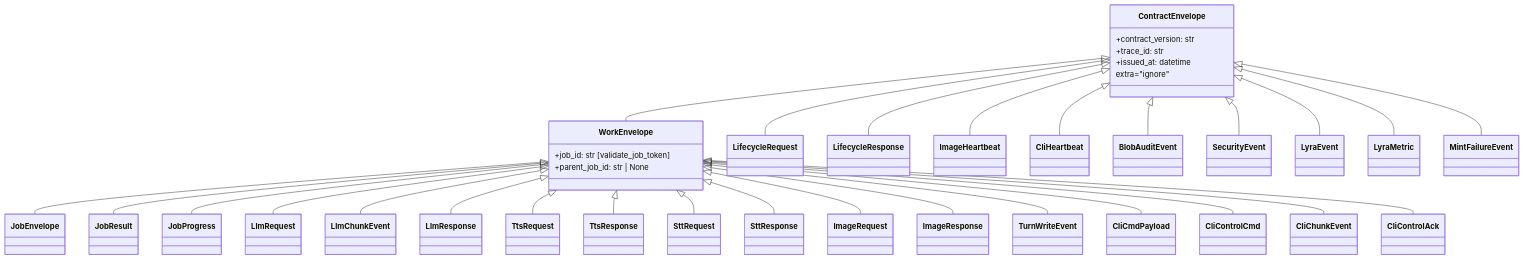
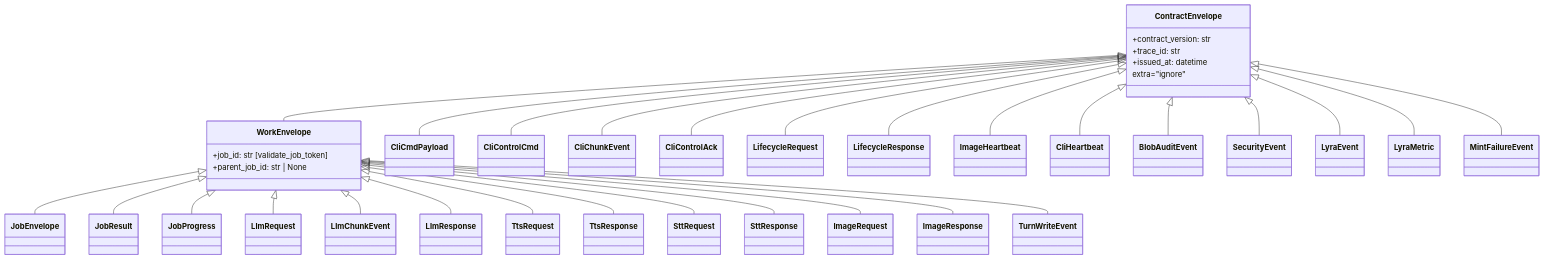
One commit to Roxabi/lyra changed the first of 2 diagrams in artifacts/specs/1619-workenvelope-split-spec.mdx. Above: the diagram before and after it, drawn with Mermaid. The commit also changed other lines of this file and 7 other files, not shown here.

````diff
--- a/artifacts/specs/1619-workenvelope-split-spec.mdx
+++ b/artifacts/specs/1619-workenvelope-split-spec.mdx
@@ -184,48 +189,48 @@
 ```mermaid
 classDiagram
     class ContractEnvelope {
         +contract_version: str
         +trace_id: str
         +issued_at: datetime
         extra="ignore"
     }
     class WorkEnvelope {
         +job_id: str [validate_job_token]
         +parent_job_id: str | None
     }
 
     ContractEnvelope <|-- WorkEnvelope
 
     WorkEnvelope <|-- JobEnvelope
     WorkEnvelope <|-- JobResult
     WorkEnvelope <|-- JobProgress
 
     WorkEnvelope <|-- LlmRequest
     WorkEnvelope <|-- LlmChunkEvent
     WorkEnvelope <|-- LlmResponse
 
     WorkEnvelope <|-- TtsRequest
     WorkEnvelope <|-- TtsResponse
     WorkEnvelope <|-- SttRequest
     WorkEnvelope <|-- SttResponse
 
     WorkEnvelope <|-- ImageRequest
     WorkEnvelope <|-- ImageResponse
 
     WorkEnvelope <|-- TurnWriteEvent
 
-    WorkEnvelope <|-- CliCmdPayload
-    WorkEnvelope <|-- CliControlCmd
-    WorkEnvelope <|-- CliChunkEvent
-    WorkEnvelope <|-- CliControlAck
+    ContractEnvelope <|-- CliCmdPayload
+    ContractEnvelope <|-- CliControlCmd
+    ContractEnvelope <|-- CliChunkEvent
+    ContractEnvelope <|-- CliControlAck
 
     ContractEnvelope <|-- LifecycleRequest
     ContractEnvelope <|-- LifecycleResponse
     ContractEnvelope <|-- ImageHeartbeat
     ContractEnvelope <|-- CliHeartbeat
     ContractEnvelope <|-- BlobAuditEvent
     ContractEnvelope <|-- SecurityEvent
     ContractEnvelope <|-- LyraEvent
     ContractEnvelope <|-- LyraMetric
     ContractEnvelope <|-- MintFailureEvent
 ```
````
